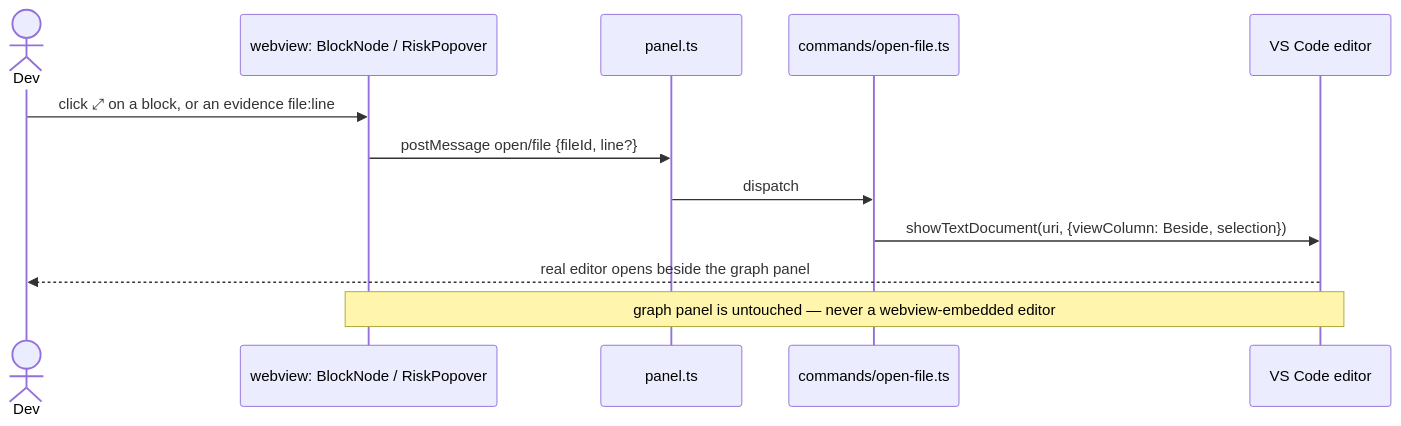
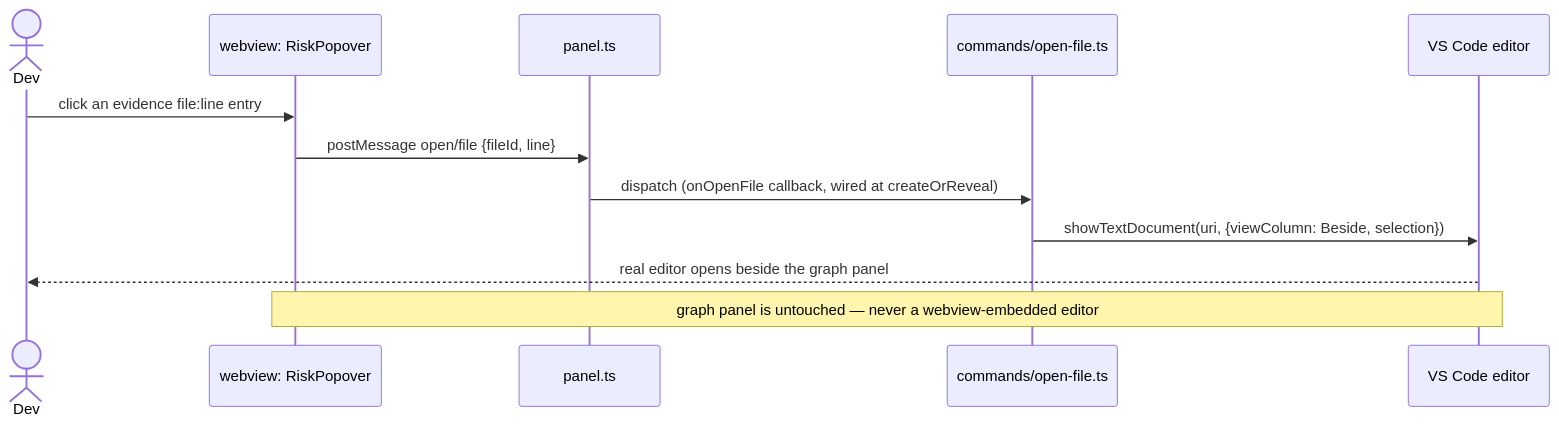
The third of 4 diagrams in docs/architecture/FLOWS.md (PoisedDok/BlockNet), drawn with Mermaid before and after one commit. The commit also changed other lines of this file and 2 other files, not shown here.

Commit message:
Update flow and protocol docs: remove undefined graph-store, fix layout/restore ordering, add ready handshake

````diff
--- a/docs/architecture/FLOWS.md
+++ b/docs/architecture/FLOWS.md
@@ -92,15 +103,15 @@
 ```mermaid
 sequenceDiagram
     actor Dev
-    participant WV as webview: BlockNode / RiskPopover
+    participant WV as webview: RiskPopover
     participant Panel as panel.ts
     participant Cmd as commands/open-file.ts
     participant VSC as VS Code editor
 
-    Dev->>WV: click ⤢ on a block, or an evidence file:line
-    WV->>Panel: postMessage open/file {fileId, line?}
-    Panel->>Cmd: dispatch
+    Dev->>WV: click an evidence file:line entry
+    WV->>Panel: postMessage open/file {fileId, line}
+    Panel->>Cmd: dispatch (onOpenFile callback, wired at createOrReveal)
     Cmd->>VSC: showTextDocument(uri, {viewColumn: Beside, selection})
     VSC-->>Dev: real editor opens beside the graph panel
     Note over WV,VSC: graph panel is untouched — never a webview-embedded editor
 ```
````
